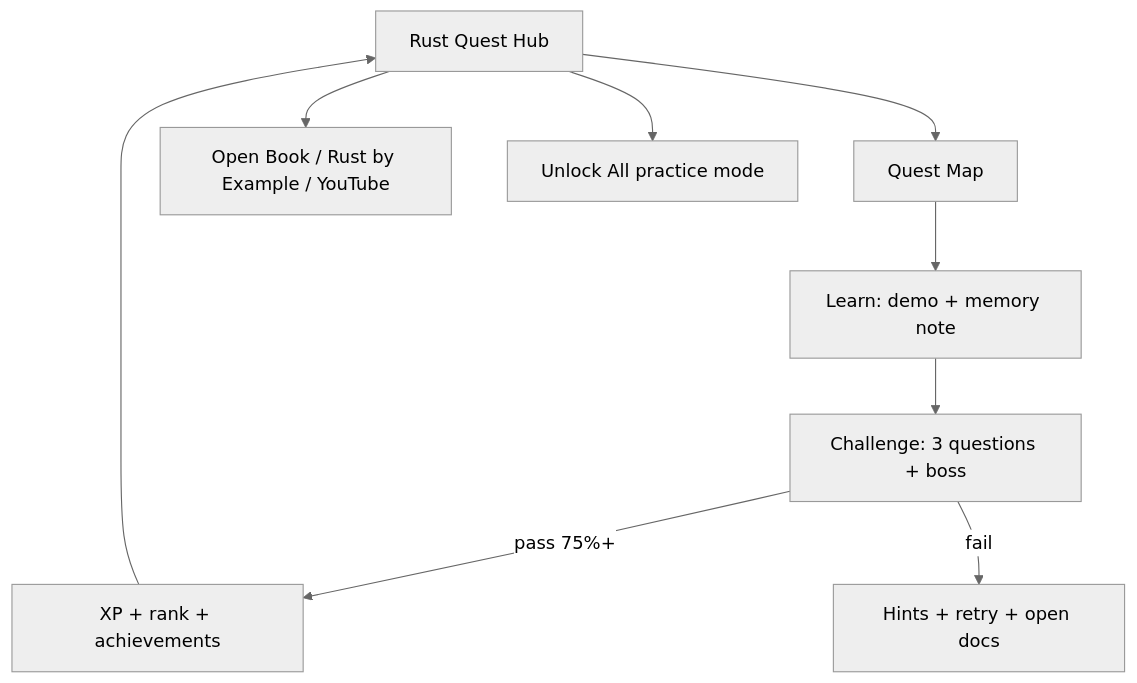
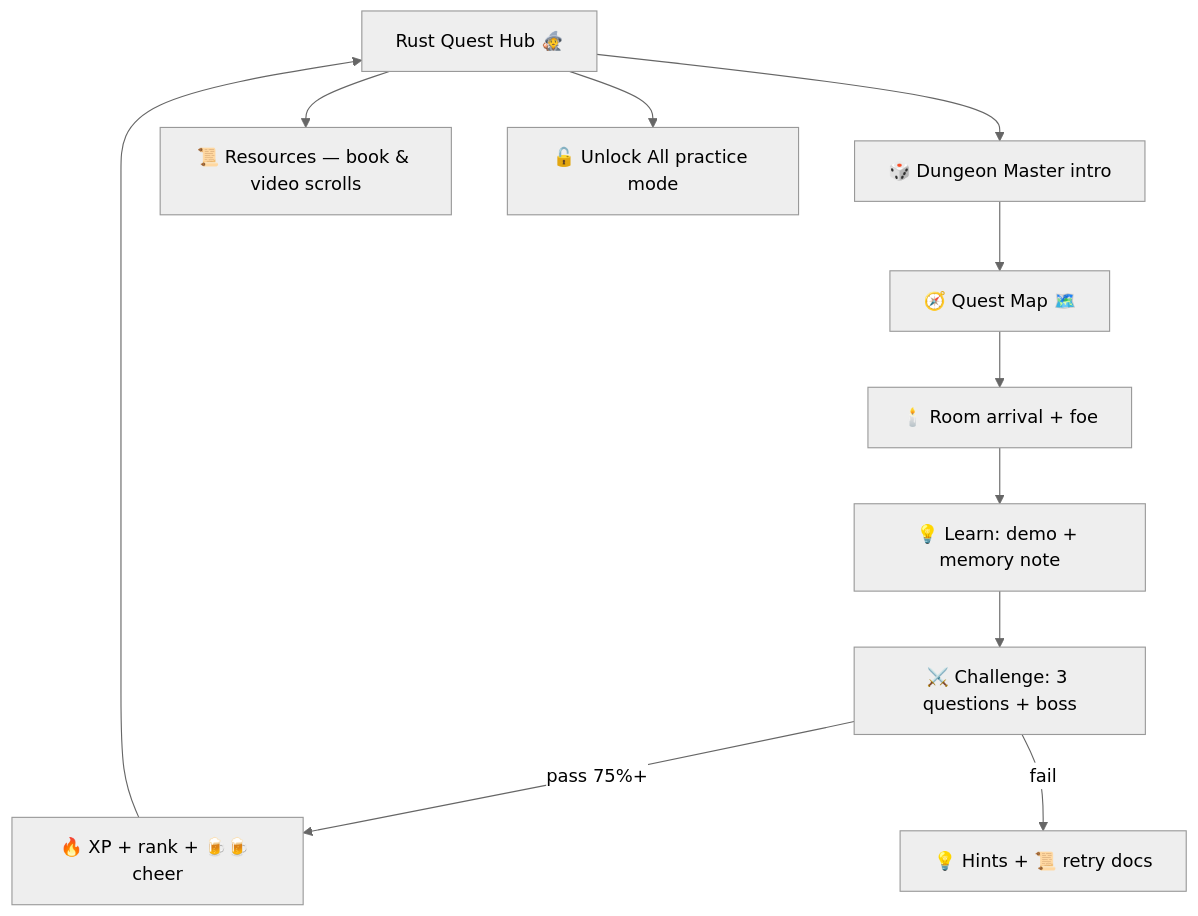
Before and after one commit to EazyTom/rust-quest: the first of 2 diagrams in README.md, drawn with Mermaid (neutral theme). The commit also changed other lines of this file and 7 other files, not shown here.

````diff
--- a/README.md
+++ b/README.md
@@ -28,11 +51,13 @@
 ```mermaid
 flowchart TD
-    Hub[Rust Quest Hub] --> Map[Quest Map]
-    Map --> Learn[Learn: demo + memory note]
-    Learn --> Challenge[Challenge: 3 questions + boss]
-    Challenge -->|pass 75%+| Reward[XP + rank + achievements]
-    Challenge -->|fail| Hint[Hints + retry + open docs]
+    Hub[Rust Quest Hub 🧙] --> DM[🎲 Dungeon Master intro]
+    DM --> Map[🧭 Quest Map 🗺️]
+    Map --> Room[🕯️ Room arrival + foe]
+    Room --> Learn[💡 Learn: demo + memory note]
+    Learn --> Challenge[⚔️ Challenge: 3 questions + boss]
+    Challenge -->|pass 75%+| Reward[🔥 XP + rank + 🍺🍺 cheer]
+    Challenge -->|fail| Hint[💡 Hints + 📜 retry docs]
     Reward --> Hub
-    Hub --> Resources[Open Book / Rust by Example / YouTube]
-    Hub --> Practice[Unlock All practice mode]
+    Hub --> Resources[📜 Resources — book & video scrolls]
+    Hub --> Practice[🔓 Unlock All practice mode]
 ```
````
